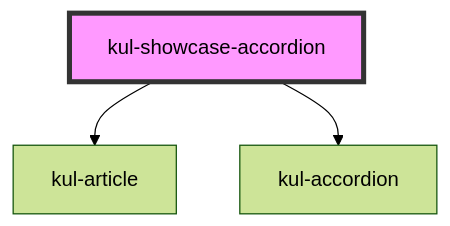
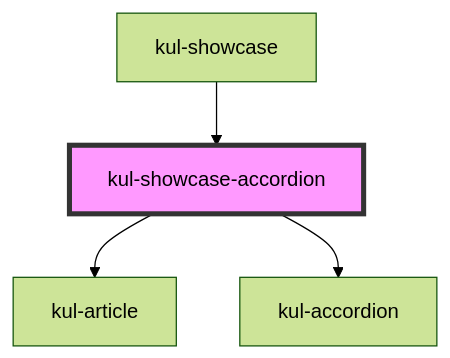
The diagram in packages/ketchup-lite/src/components/kul-showcase/components/accordion/readme.md (lucafoscili/ketchup-lite), drawn with Mermaid (forest theme) before and after one commit. The commit also changed other lines of this file and 45 other files, not shown here.

````diff
--- a/packages/ketchup-lite/src/components/kul-showcase/components/accordion/readme.md
+++ b/packages/ketchup-lite/src/components/kul-showcase/components/accordion/readme.md
@@ -24,6 +28,7 @@
 ```mermaid
 graph TD;
   kul-showcase-accordion --> kul-article
   kul-showcase-accordion --> kul-accordion
+  kul-showcase --> kul-showcase-accordion
   style kul-showcase-accordion fill:#f9f,stroke:#333,stroke-width:4px
 ```
````
